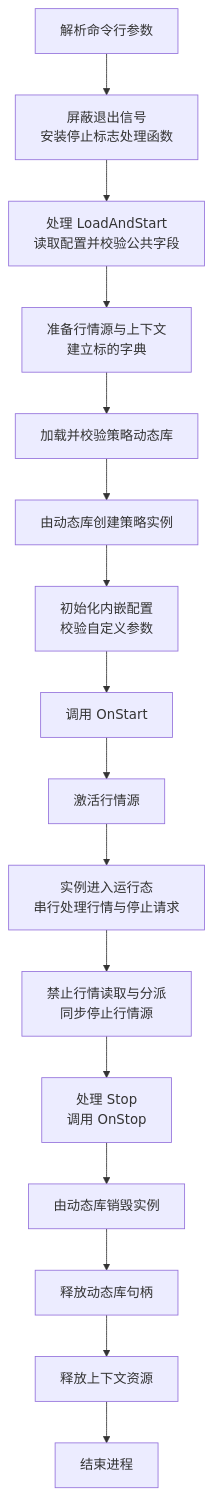
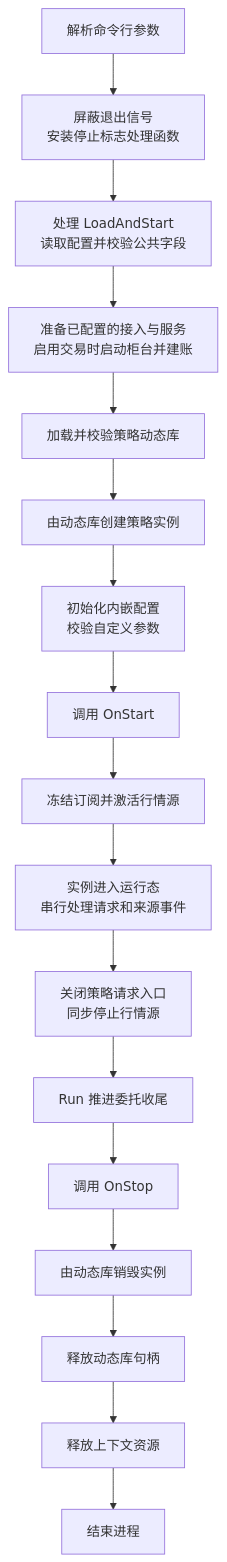
One commit to yizhenfei/yquant changed the diagram in docs/design/strategyd.md. Above: the diagram before and after it, drawn with Mermaid. The commit also changed other lines of this file and 44 other files, not shown here.

````diff
--- a/docs/design/strategyd.md
+++ b/docs/design/strategyd.md
@@ -127,35 +130,37 @@
 ```mermaid
 flowchart TD
     CLI["解析命令行参数"]
     SIGNALS["屏蔽退出信号<br/>安装停止标志处理函数"]
     CONFIG["处理 LoadAndStart<br/>读取配置并校验公共字段"]
-    PREPARE["准备行情源与上下文<br/>建立标的字典"]
+    PREPARE["准备已配置的接入与服务<br/>启用交易时启动柜台并建账"]
     LOAD["加载并校验策略动态库"]
     CREATE["由动态库创建策略实例"]
     INITIALIZE["初始化内嵌配置<br/>校验自定义参数"]
     START["调用 OnStart"]
-    SOURCE["激活行情源"]
-    RUNNING["实例进入运行态<br/>串行处理行情与停止请求"]
-    QUIESCE["禁止行情读取与分派<br/>同步停止行情源"]
-    STOP["处理 Stop<br/>调用 OnStop"]
+    SOURCE["冻结订阅并激活行情源"]
+    RUNNING["实例进入运行态<br/>串行处理请求和来源事件"]
+    QUIESCE["关闭策略请求入口<br/>同步停止行情源"]
+    DRAIN["Run 推进委托收尾"]
+    STOP["调用 OnStop"]
     DESTROY["由动态库销毁实例"]
     CLOSE["释放动态库句柄"]
     RELEASE["释放上下文资源"]
     EXIT["结束进程"]
 
     CLI --> SIGNALS
     SIGNALS --> CONFIG
     CONFIG --> PREPARE
     PREPARE --> LOAD
     LOAD --> CREATE
     CREATE --> INITIALIZE
     INITIALIZE --> START
     START --> SOURCE
     SOURCE --> RUNNING
     RUNNING --> QUIESCE
-    QUIESCE --> STOP
+    QUIESCE --> DRAIN
+    DRAIN --> STOP
     STOP --> DESTROY
     DESTROY --> CLOSE
     CLOSE --> RELEASE
     RELEASE --> EXIT
 ```
````
